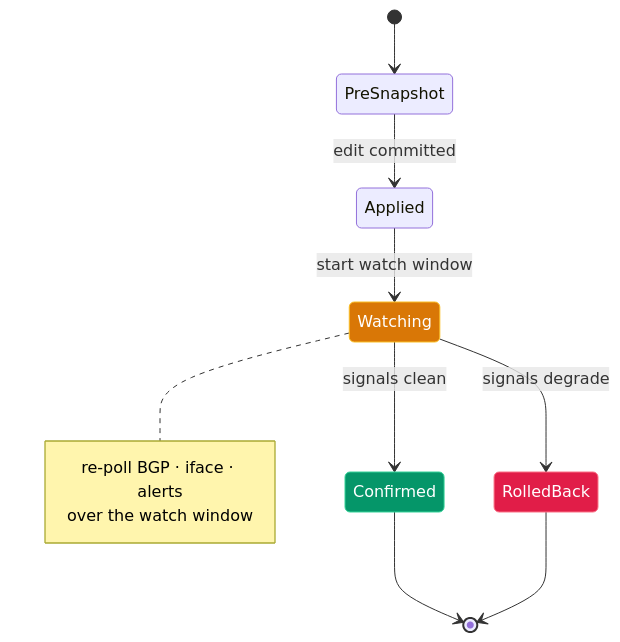
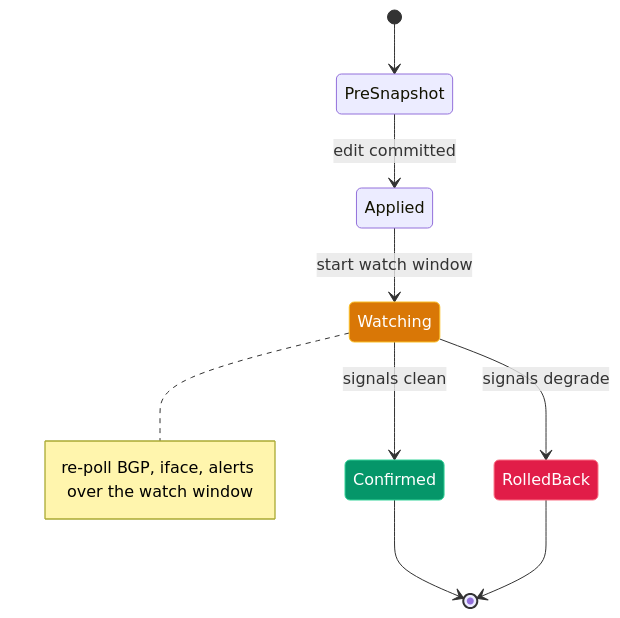
The sixth of 6 diagrams in docs/ARCHITECTURE.md (gesh75/multivendor-ai-network-lab), drawn with Mermaid before and after one commit. The commit also changed other lines of this file and 1 other file, not shown here.

Commit message:
docs: harden mermaid diagrams for reliable GitHub rendering

````diff
--- a/docs/ARCHITECTURE.md
+++ b/docs/ARCHITECTURE.md
@@ -236,23 +236,20 @@
 ```mermaid
 stateDiagram-v2
     [*] --> PreSnapshot
     PreSnapshot --> Applied: edit committed
     Applied --> Watching: start watch window
     Watching --> Confirmed: signals clean
     Watching --> RolledBack: signals degrade
     Confirmed --> [*]
     RolledBack --> [*]
 
-    note right of Watching
-        re-poll BGP · iface · alerts
-        over the watch window
-    end note
+    note right of Watching : re-poll BGP, iface, alerts over the watch window
 
     classDef good fill:#059669,stroke:#34d399,color:#fff
     classDef bad fill:#e11d48,stroke:#fb7185,color:#fff
     classDef work fill:#d97706,stroke:#fbbf24,color:#fff
 
     class Confirmed good
     class RolledBack bad
     class Watching work
 ```
````
